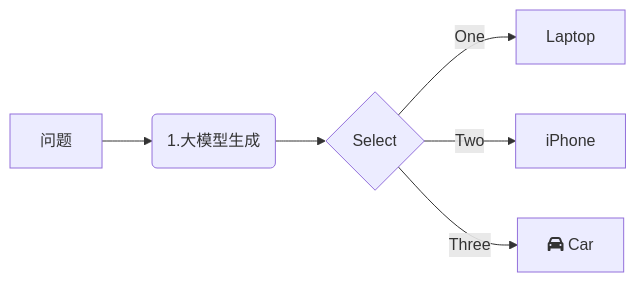
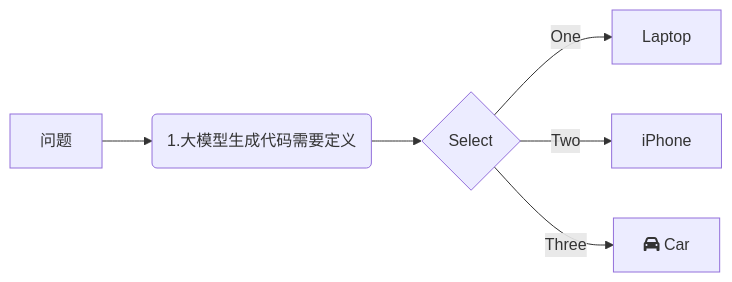
The diagram in all/未命名-21.md (yingjianzh/iodraw-files), drawn with Mermaid before and after one commit.

Commit message:
2025-02-17 14:17:37 update

````diff
--- a/all/未命名-21.md
+++ b/all/未命名-21.md
@@ -1,9 +1,9 @@
 ```mermaid
 graph LR
-    A[问题] -->B(1.大模型生成)
+    A[问题] -->B(1.大模型生成代码需要定义)
     B --> C{Select}
     C -->|One| D[Laptop]
     C -->|Two| E[iPhone]
     C -->|Three| F[fa:fa-car Car]
   
 ```
````
